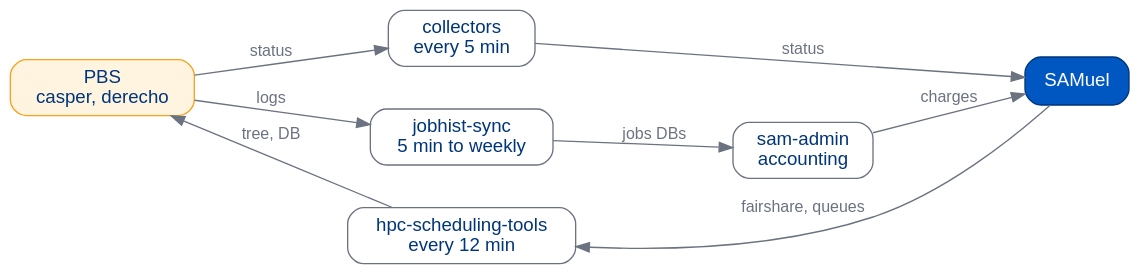
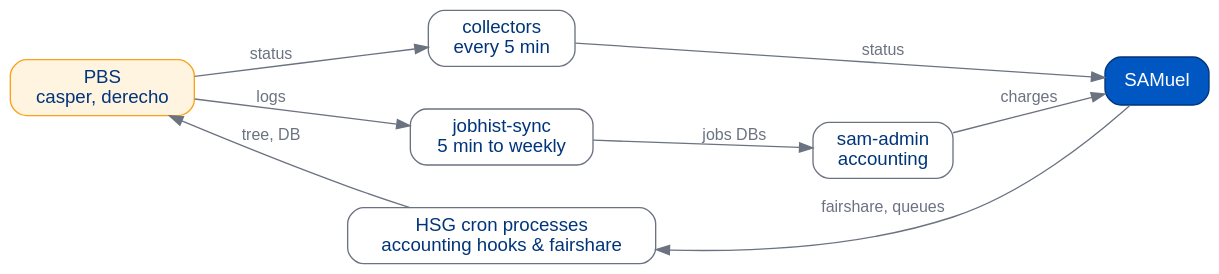
Before and after one commit to benkirk/quarto-docs-framework: the fifth of 6 diagrams in docs/samuel/_4-systems.qmd, drawn with Graphviz. The commit also changed other lines of this file, not shown here.

First line of the commit message:
samuel: HSG cron processes, not the 12-minute cron, feed PBS

````diff
--- a/docs/samuel/_4-systems.qmd
+++ b/docs/samuel/_4-systems.qmd
@@ -385,23 +386,23 @@
 ```{dot}
 //| fig-width: 10
 digraph InOut {
   graph [rankdir=LR, nodesep=0.45, ranksep=0.9, bgcolor="transparent"];
   node  [shape=box, style="rounded,filled", fontname="Helvetica", fontsize=14,
          fillcolor="#FFFFFF", color="#6B7280", fontcolor="#00357A", margin="0.18,0.08"];
   edge  [fontname="Helvetica", fontsize=12, color="#6B7280", fontcolor="#6B7280"];
   pbs    [label="PBS\ncasper, derecho", fillcolor="#FFF4E0", color="#FAA119"];
   coll   [label="collectors\nevery 5 min"];
   jhs    [label="jobhist-sync\n5 min to weekly"];
-  hst    [label="hpc-scheduling-tools\nevery 12 min"];
+  hst    [label="HSG cron processes\naccounting hooks & fairshare"];
   acct   [label="sam-admin\naccounting"];
   samuel [label="SAMuel", fillcolor="#0057C2", color="#00357A", fontcolor="#FFFFFF"];
   {rank=same; coll; jhs; hst}
   pbs -> coll [label="status"];
   pbs -> jhs [label="logs"];
   jhs -> acct [label="jobs DBs"];
   coll -> samuel [label="status"];
   acct -> samuel [label="charges"];
   samuel -> hst [label="fairshare, queues", constraint=false];
   hst -> pbs [label="tree, DB", constraint=false];
 }
 ```
````
